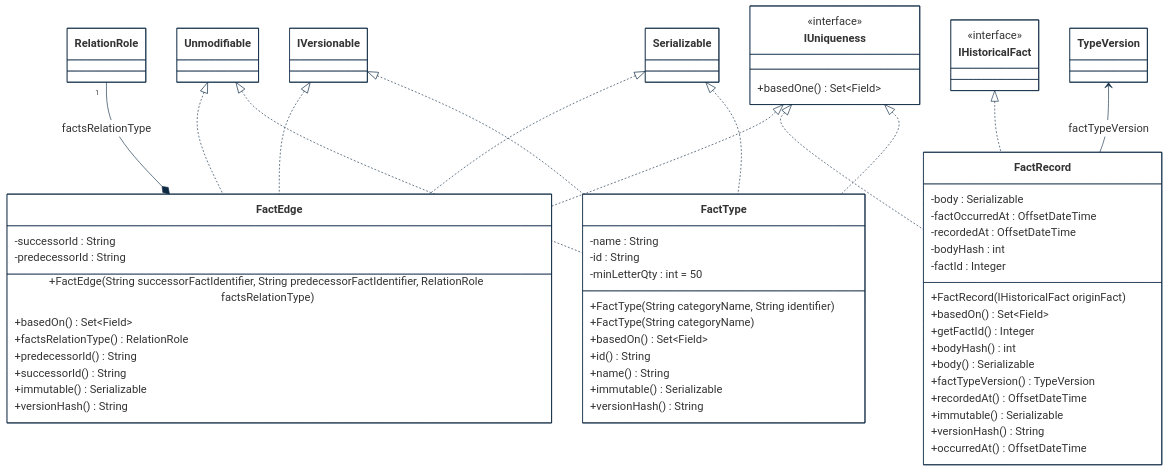
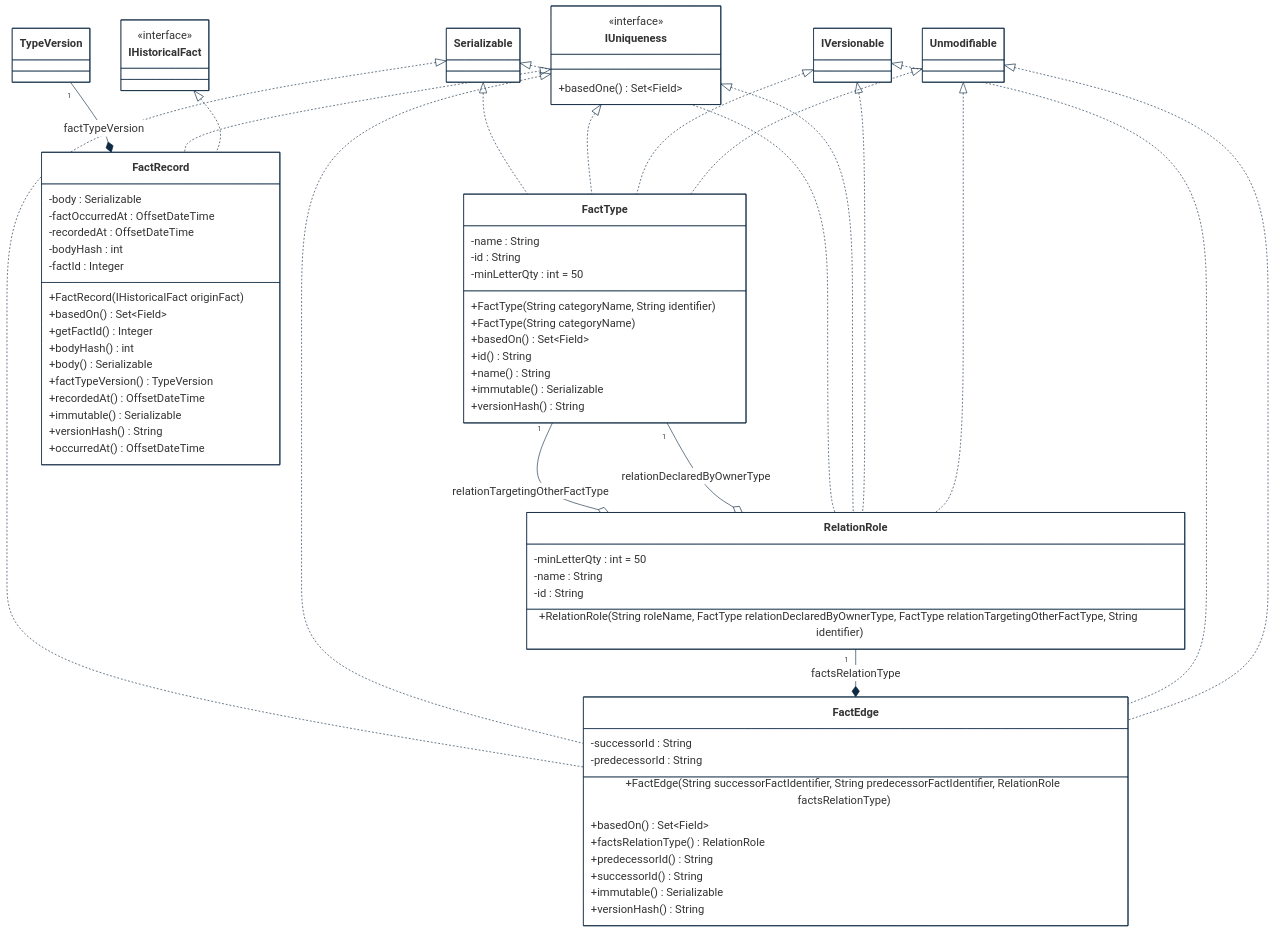
Before and after one commit to cybnity/foundation: the first of 4 diagrams in implementations-line/framework/immutable/designview-packages.md, drawn with Mermaid. The commit also changed other lines of this file and 1 other file, not shown here.

```diff
--- a/implementations-line/framework/immutable/designview-packages.md
+++ b/implementations-line/framework/immutable/designview-packages.md
@@ -38,6 +39,10 @@
   }
 }%%
 classDiagram
+    Unmodifiable <|.. RelationRole
+    IVersionable <|.. RelationRole
+    IUniqueness <|.. RelationRole
+    Serializable <|.. RelationRole
     Unmodifiable <|.. FactEdge
     Unmodifiable <|.. FactType
     IVersionable <|.. FactEdge
@@ -49,7 +54,9 @@
     IUniqueness <|.. FactType
     Serializable <|.. FactEdge
     Serializable <|.. FactType
-    TypeVersion <-- FactRecord : factTypeVersion
+    TypeVersion "1" --* FactRecord : factTypeVersion
+    FactType "1" --o RelationRole : relationDeclaredByOwnerType
+    FactType "1" --o RelationRole : relationTargetingOtherFactType
 
     class FactType {
         -name : String
@@ -71,6 +78,10 @@
         +basedOne() Set~Field~
     }
     class RelationRole {
+        -minLetterQty : int = 50
+        -name : String
+        -id : String
+        +RelationRole(String roleName, FactType relationDeclaredByOwnerType, FactType relationTargetingOtherFactType, String identifier)
     }
     class FactEdge {
         -successorId : String
```
